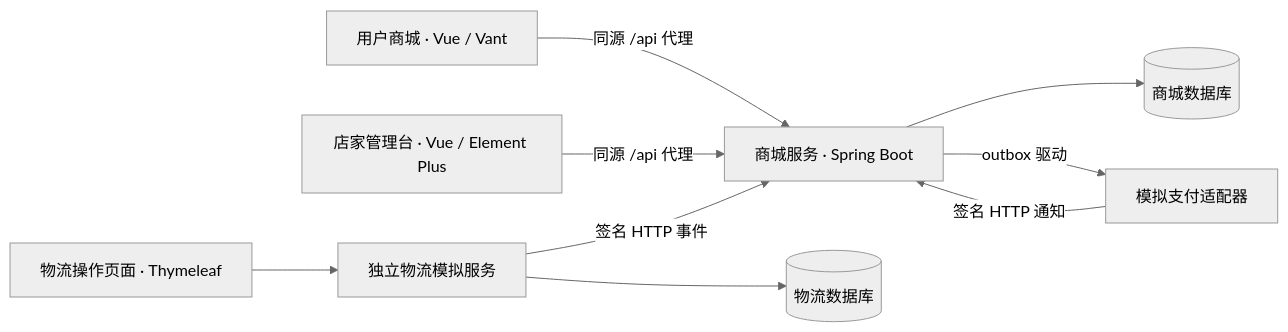
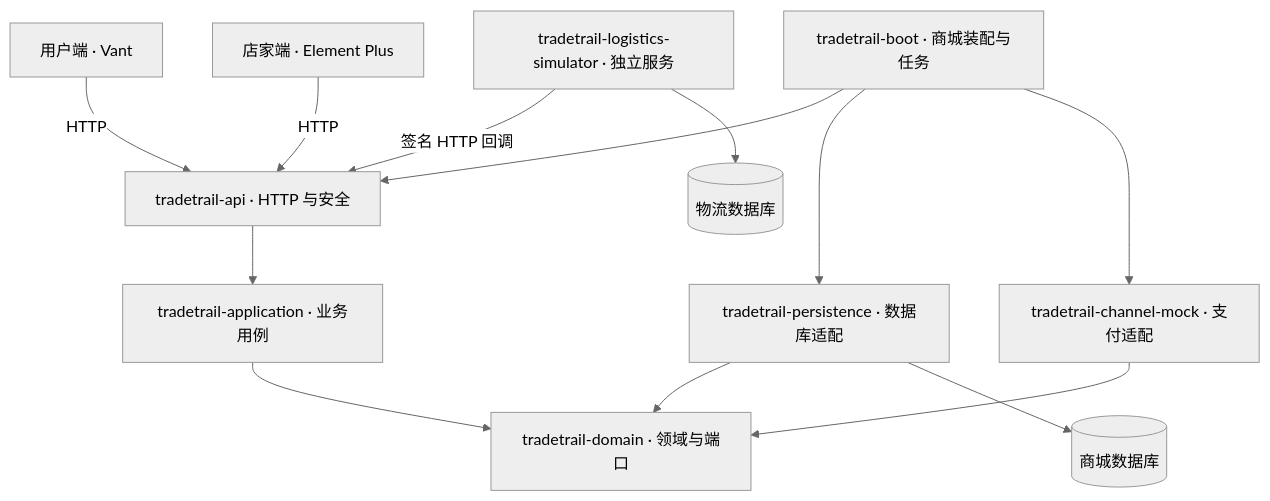
One commit to kamten7/TradeTrail changed the second of 3 diagrams in README.md. Above: the diagram before and after it, drawn with Mermaid (neutral theme). The commit also changed other lines of this file and 4 other files, not shown here.

````diff
--- a/README.md
+++ b/README.md
@@ -38,11 +126,15 @@
 ```mermaid
-flowchart LR
-    Customer[用户商城 · Vue / Vant] -->|同源 /api 代理| Mall[商城服务 · Spring Boot]
-    Merchant[店家管理台 · Vue / Element Plus] -->|同源 /api 代理| Mall
-    Mall --> MallDB[(商城数据库)]
-    Operator[物流操作页面 · Thymeleaf] --> Simulator[独立物流模拟服务]
-    Simulator --> LogisticsDB[(物流数据库)]
-    Simulator -->|签名 HTTP 事件| Mall
-    Mall -->|outbox 驱动| Mock[模拟支付适配器]
-    Mock -->|签名 HTTP 通知| Mall
+flowchart TD
+    Boot[tradetrail-boot · 商城装配与任务] --> Api[tradetrail-api · HTTP 与安全]
+    Boot --> Persistence[tradetrail-persistence · 数据库适配]
+    Boot --> Channel[tradetrail-channel-mock · 支付适配]
+    Api --> Application[tradetrail-application · 业务用例]
+    Application --> Domain[tradetrail-domain · 领域与端口]
+    Persistence --> Domain
+    Channel --> Domain
+    Customer[用户端 · Vant] -->|HTTP| Api
+    Merchant[店家端 · Element Plus] -->|HTTP| Api
+    Logistics[tradetrail-logistics-simulator · 独立服务] -->|签名 HTTP 回调| Api
+    Persistence --> MallDB[(商城数据库)]
+    Logistics --> LogisticsDB[(物流数据库)]
 ```
````
